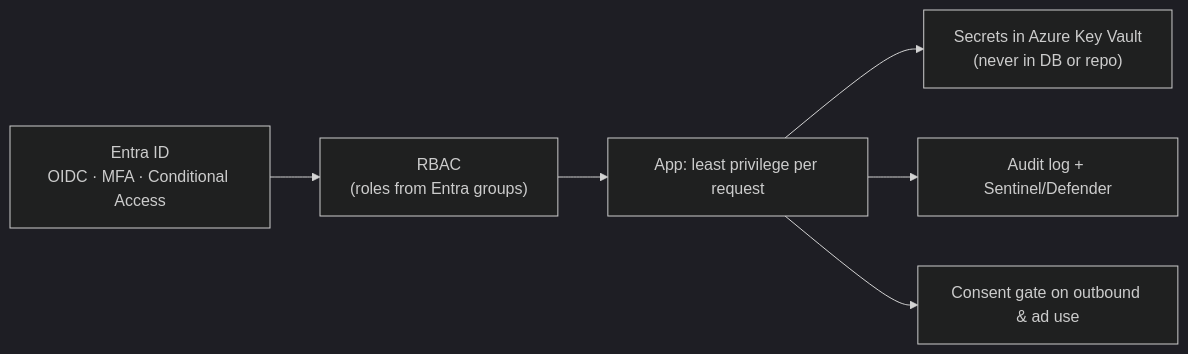
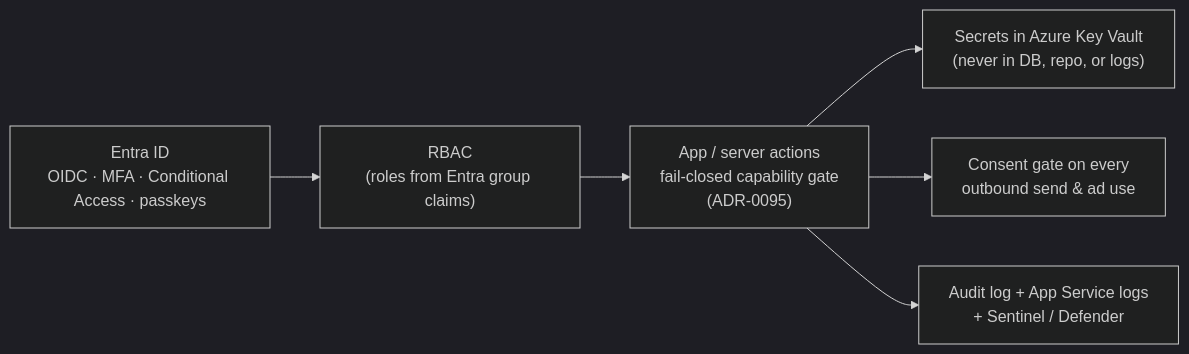
Before and after one commit to markdconnelly/ImperionCRM: the diagram in docs/security/README.md, drawn with Mermaid (dark theme). The commit also changed other lines of this file and 11 other files, not shown here.

````diff
--- a/docs/security/README.md
+++ b/docs/security/README.md
@@ -18,8 +61,8 @@
 ```mermaid
 flowchart LR
-    IDENT["Entra ID<br/>OIDC · MFA · Conditional Access"] --> RBAC["RBAC<br/>(roles from Entra groups)"]
-    RBAC --> APP["App: least privilege per request"]
-    APP --> SECRETS["Secrets in Azure Key Vault<br/>(never in DB or repo)"]
-    APP --> AUDIT["Audit log + Sentinel/Defender"]
-    APP --> CONSENT["Consent gate on outbound &amp; ad use"]
+    IDENT["Entra ID<br/>OIDC · MFA · Conditional Access · passkeys"] --> RBAC["RBAC<br/>(roles from Entra group claims)"]
+    RBAC --> APP["App / server actions<br/>fail-closed capability gate<br/>(ADR-0095)"]
+    APP --> SECRETS["Secrets in Azure Key Vault<br/>(never in DB, repo, or logs)"]
+    APP --> CONSENT["Consent gate on every<br/>outbound send &amp; ad use"]
+    APP --> AUDIT["Audit log + App Service logs<br/>+ Sentinel / Defender"]
 ```
````
